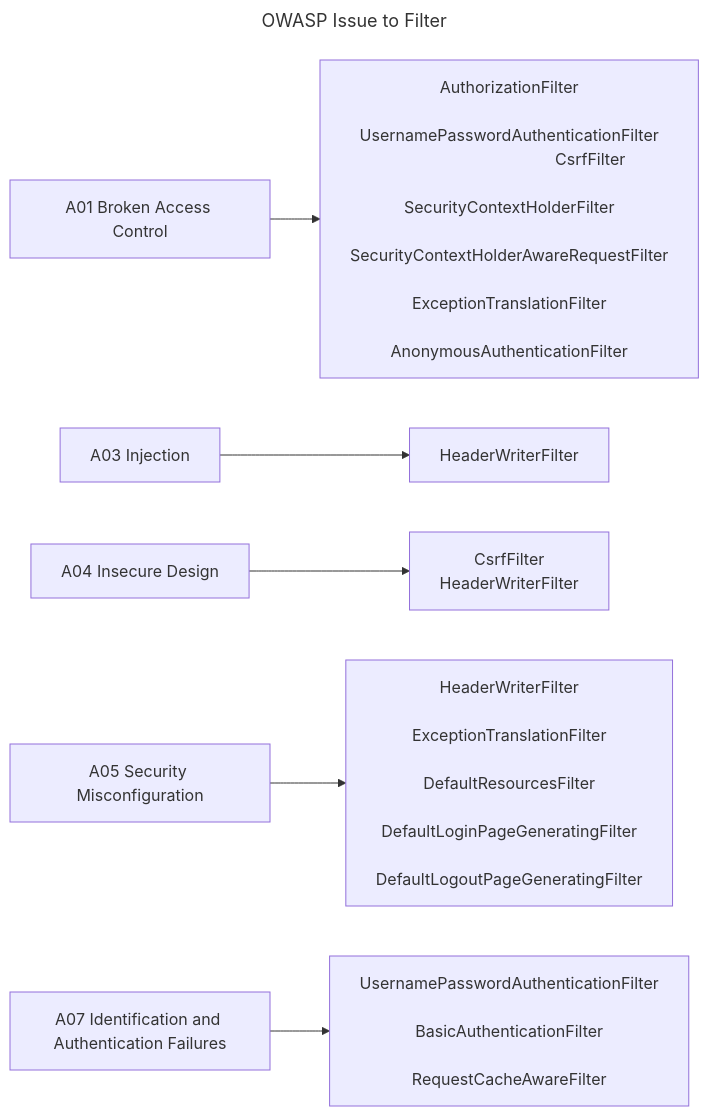
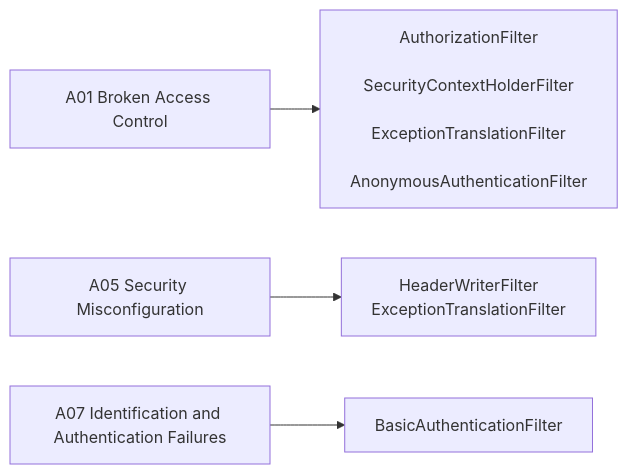
Before and after one commit to manolis-messalas/OmniAPI: the second of 2 diagrams in docs/Security & Authorization.md, drawn with Mermaid. The commit also changed other lines of this file and 3 other files, not shown here.

`````diff
--- a/docs/Security & Authorization.md
+++ b/docs/Security & Authorization.md
@@ -27,25 +36,10 @@
-````mermaid
----
-title:  OWASP Issue to Filter
----
+```mermaid
 flowchart LR
-    A[A01 Broken Access Control] --> B[AuthorizationFilter
-                                    UsernamePasswordAuthenticationFilter
-                                    CsrfFilter
-                                    SecurityContextHolderFilter
-                                    SecurityContextHolderAwareRequestFilter
-                                    ExceptionTranslationFilter
-                                    AnonymousAuthenticationFilter];
-        
-    C[A03 Injection] -->            D[HeaderWriterFilter];
-    E[A04 Insecure Design] -->      F[CsrfFilter
-                                    HeaderWriterFilter];
-    G[A05 Security Misconfiguration] -->    H[HeaderWriterFilter
-                                            ExceptionTranslationFilter
-                                            DefaultResourcesFilter
-                                            DefaultLoginPageGeneratingFilter
-                                            DefaultLogoutPageGeneratingFilter];
-    J[A07 Identification and Authentication Failures] --> K[UsernamePasswordAuthenticationFilter
-                                                            BasicAuthenticationFilter
-                                                            RequestCacheAwareFilter];
-````
+    A1[A01 Broken Access Control] --> F1[AuthorizationFilter
+                                        SecurityContextHolderFilter
+                                        ExceptionTranslationFilter
+                                        AnonymousAuthenticationFilter]
+    A5[A05 Security Misconfiguration] --> F5[HeaderWriterFilter
+                                              ExceptionTranslationFilter]
+    A7[A07 Identification and Authentication Failures] --> F7[BasicAuthenticationFilter]
+```
`````
